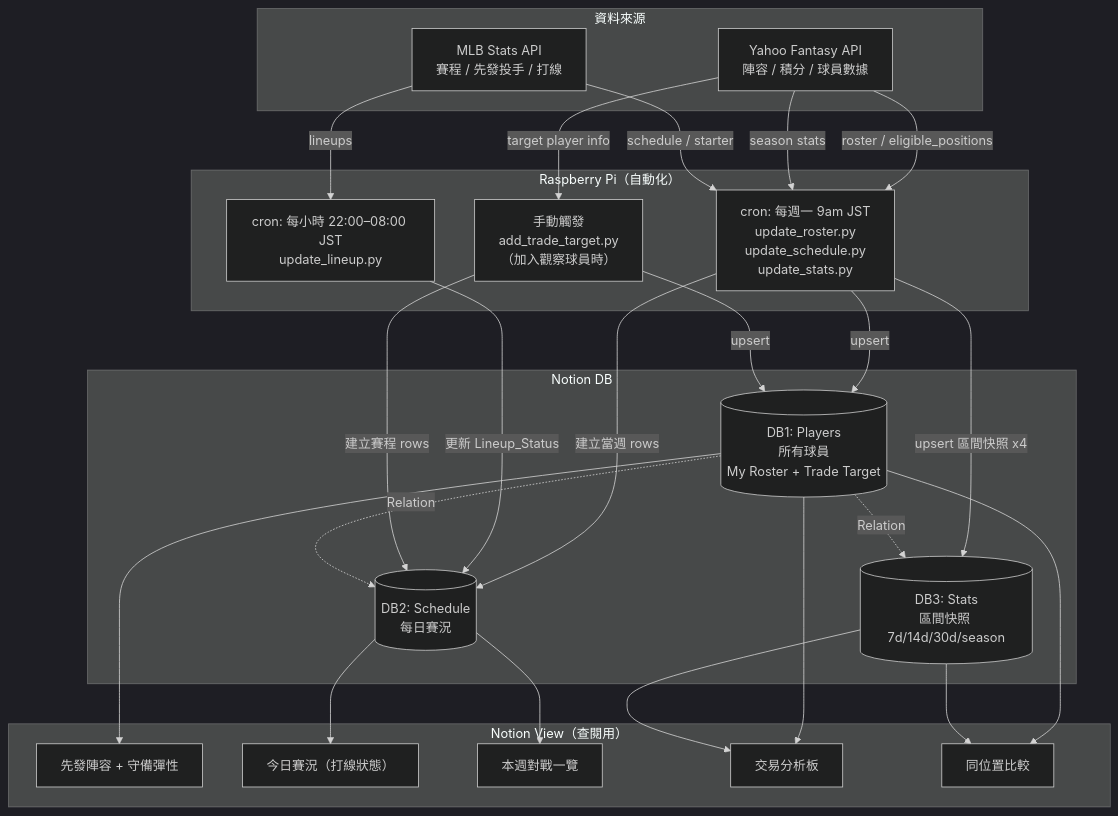
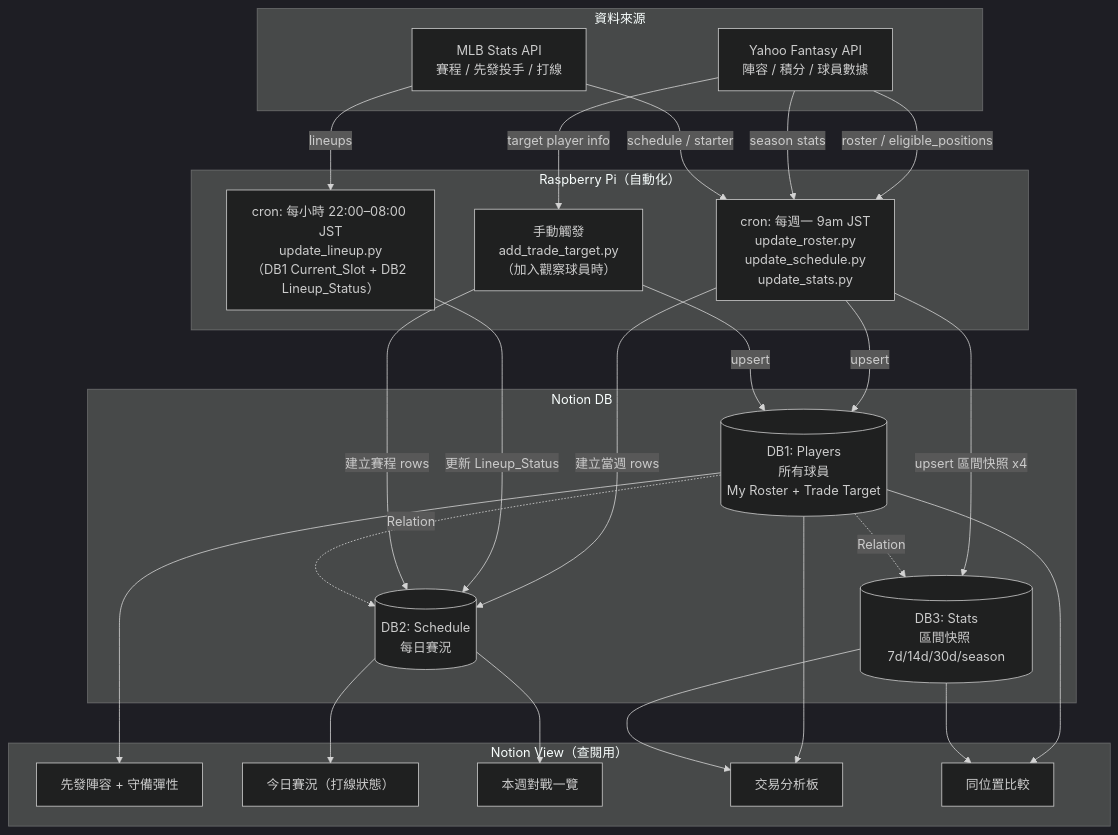
One commit to poyao-wang/fantasy-baseball changed the diagram in notion-plan.md. Above: the diagram before and after it, drawn with Mermaid (dark theme). The commit also changed other lines of this file and 7 other files, not shown here.

````diff
--- a/notion-plan.md
+++ b/notion-plan.md
@@ -5,48 +5,48 @@
 ```mermaid
 flowchart TD
     subgraph Sources["資料來源"]
         Y[Yahoo Fantasy API\n陣容 / 積分 / 球員數據]
         M[MLB Stats API\n賽程 / 先發投手 / 打線]
     end
 
     subgraph RPi["Raspberry Pi（自動化）"]
         S1["cron: 每週一 9am JST\nupdate_roster.py\nupdate_schedule.py\nupdate_stats.py"]
-        S2["cron: 每小時 22:00–08:00 JST\nupdate_lineup.py"]
+        S2["cron: 每小時 22:00–08:00 JST\nupdate_lineup.py\n（DB1 Current_Slot + DB2 Lineup_Status）"]
         S3["手動觸發\nadd_trade_target.py\n（加入觀察球員時）"]
     end
 
     subgraph Notion["Notion DB"]
         DB1[("DB1: Players\n所有球員\nMy Roster + Trade Target")]
         DB2[("DB2: Schedule\n每日賽況")]
         DB3[("DB3: Stats\n區間快照 7d/14d/30d/season")]
     end
 
     subgraph Views["Notion View（查閱用）"]
         V1["先發陣容 + 守備彈性"]
         V2["今日賽況（打線狀態）"]
         V3["本週對戰一覽"]
         V4["交易分析板"]
         V5["同位置比較"]
     end
 
     Y -->|roster / eligible_positions| S1
     Y -->|season stats| S1
     M -->|schedule / starter| S1
     M -->|lineups| S2
     Y -->|target player info| S3
     S1 -->|upsert| DB1
     S1 -->|建立當週 rows| DB2
     S1 -->|upsert 區間快照 x4| DB3
     S2 -->|更新 Lineup_Status| DB2
     S3 -->|upsert| DB1
     S3 -->|建立賽程 rows| DB2
     DB1 --> V1
     DB2 --> V2
     DB2 --> V3
     DB1 --> V4
     DB3 --> V4
     DB1 --> V5
     DB3 --> V5
     DB1 -.->|Relation| DB2
     DB1 -.->|Relation| DB3
 ```
````
